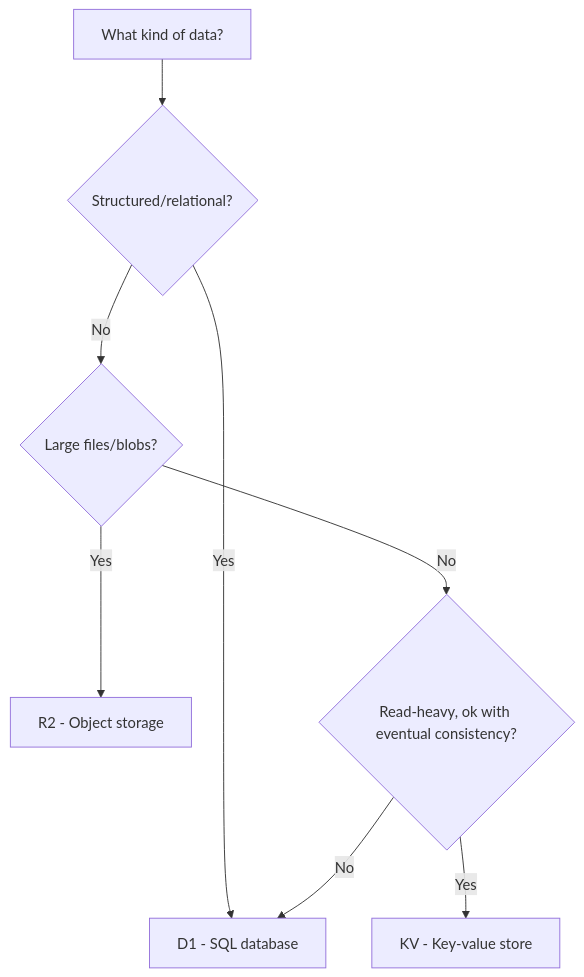
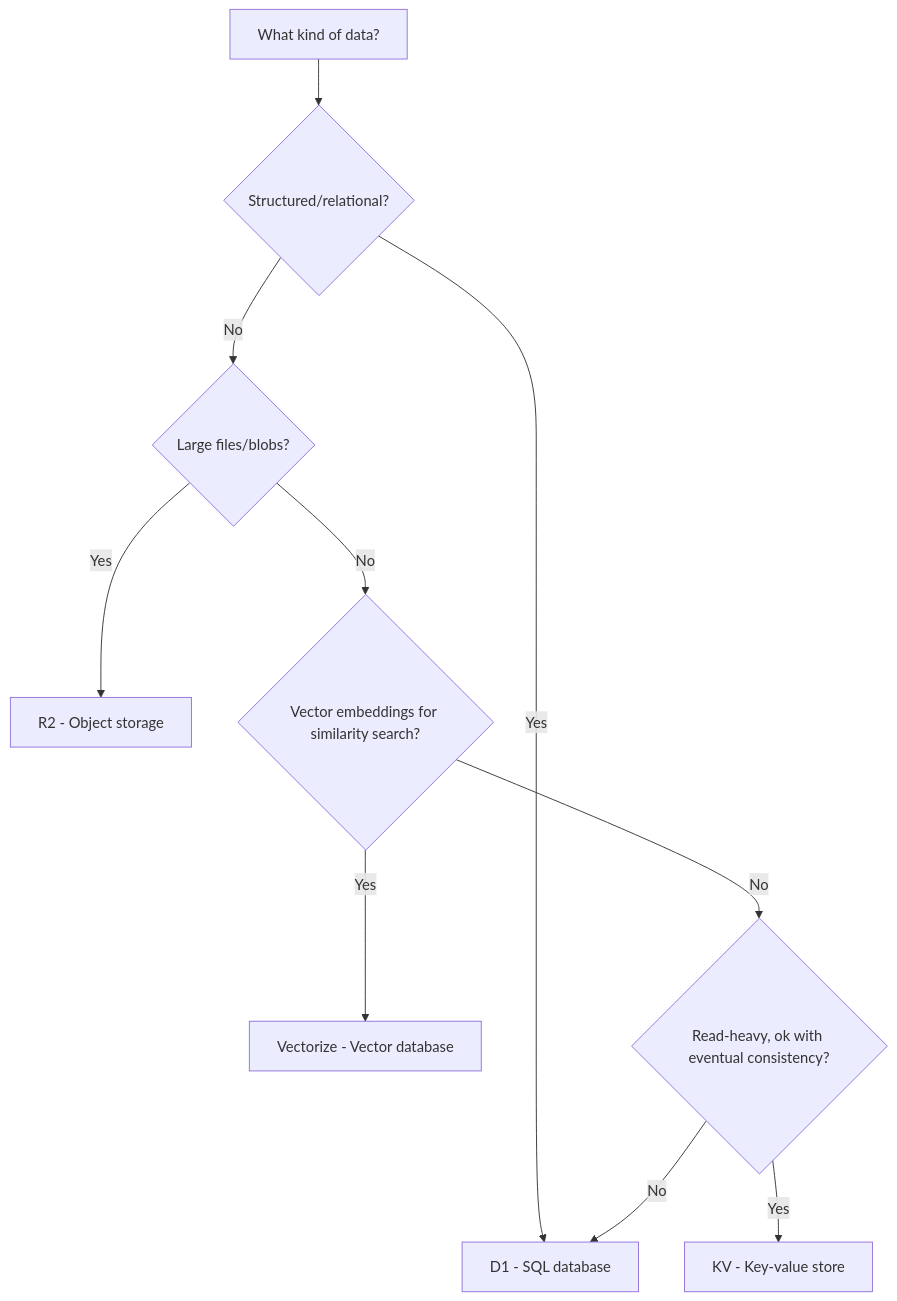
The diagram in src/content/docs/storage/index.mdx (Takazudo/zudo-cloudflare-wisdom), drawn with Mermaid before and after one commit. The commit also changed other lines of this file and 1 other file, not shown here.

First line of the commit message:
docs(storage): integrate Vectorize into storage index (EN + JA)

````diff
--- a/src/content/docs/storage/index.mdx
+++ b/src/content/docs/storage/index.mdx
@@ -19,10 +20,12 @@
 ```mermaid
 graph TD
   A[What kind of data?] --> B{Structured/relational?}
   B -->|Yes| C[D1 - SQL database]
   B -->|No| D{Large files/blobs?}
   D -->|Yes| E[R2 - Object storage]
-  D -->|No| F{Read-heavy, ok with eventual consistency?}
+  D -->|No| H{Vector embeddings for similarity search?}
+  H -->|Yes| I[Vectorize - Vector database]
+  H -->|No| F{Read-heavy, ok with eventual consistency?}
   F -->|Yes| G[KV - Key-value store]
   F -->|No| C
 ```
````
